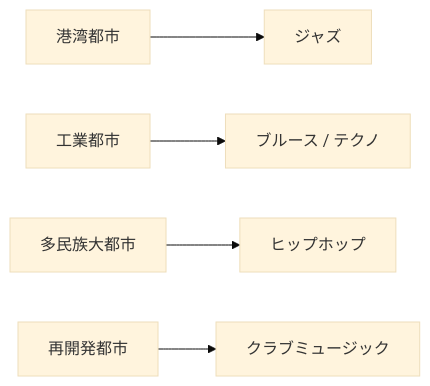
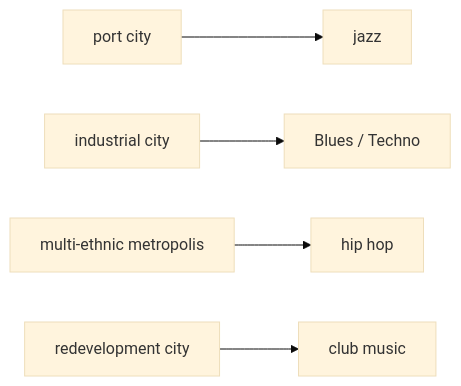
Before and after one commit to monumental-movement/monumental-movement.github.io: the first of 3 diagrams in en/_posts/2026-02-06-column-music-urban-space.md, drawn with Mermaid (base theme). The commit also changed other lines of this file and 801 other files, not shown here.

```diff
--- a/en/_posts/2026-02-06-column-music-urban-space.md
+++ b/en/_posts/2026-02-06-column-music-urban-space.md
@@ -100,7 +101,7 @@
 <div class="mermaid">
 flowchart LR
-A[港湾都市] --> B[ジャズ]
-C[工業都市] --> D[ブルース / テクノ]
-E[多民族大都市] --> F[ヒップホップ]
-G[再開発都市] --> H[クラブミュージック]
+A[port city] --> B[jazz]
+C[industrial city] --> D[Blues / Techno]
+E[multi-ethnic metropolis] --> F[hip hop]
+G[redevelopment city] --> H[club music]
 </div>
```
